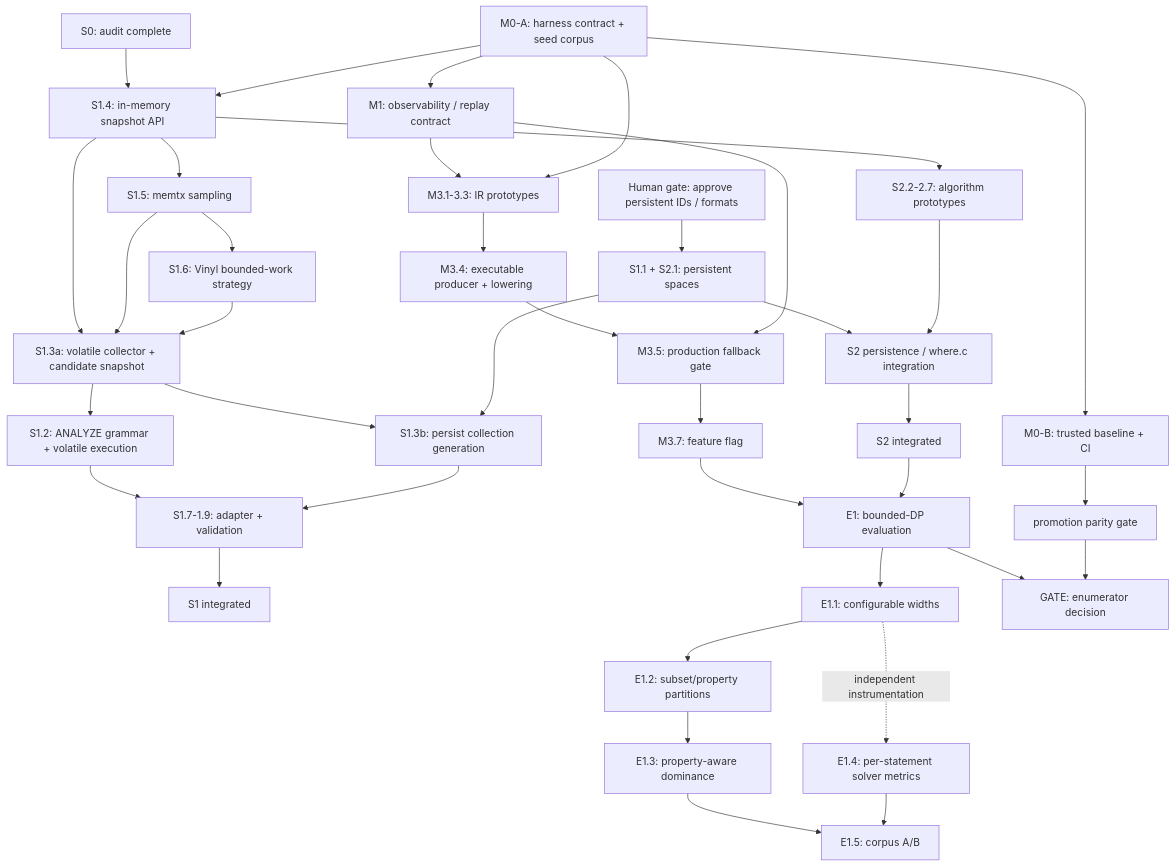
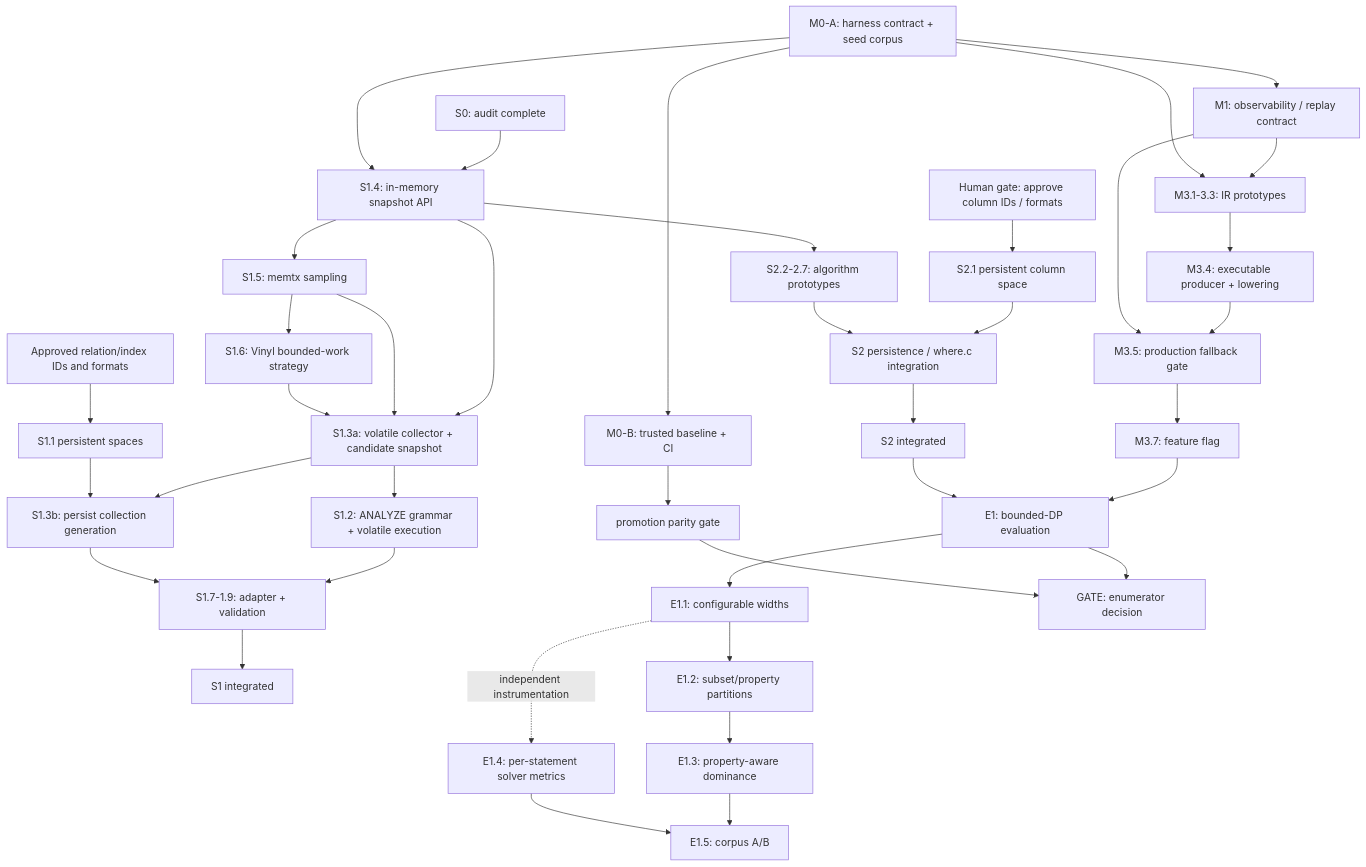
One commit to tsafin/tarantool-dsql changed the first of 5 diagrams in docs/vdbe/roadmap.md. Above: the diagram before and after it, drawn with Mermaid. The commit also changed other lines of this file and 2 other files, not shown here.

Commit message:
docs: reconcile planner and persistence status

````diff
--- a/docs/vdbe/roadmap.md
+++ b/docs/vdbe/roadmap.md
@@ -83,40 +83,41 @@
 ```mermaid
 flowchart TD
     A["M0-A: harness contract + seed corpus"] --> B["M0-B: trusted baseline + CI"]
     A --> C["M1: observability / replay contract"]
     D["S0: audit complete"] --> E["S1.4: in-memory snapshot API"]
     A --> E
     E --> F["S2.2-2.7: algorithm prototypes"]
     C --> G["M3.1-3.3: IR prototypes"]
     A --> G
     G --> G2["M3.4: executable producer + lowering"]
     G2 --> H["M3.5: production fallback gate"]
     C --> H
     H --> H2["M3.7: feature flag"]
-    P["Human gate: approve persistent IDs / formats"] --> Q["S1.1 + S2.1: persistent spaces"]
+    P["Approved relation/index IDs and formats"] --> Q["S1.1 persistent spaces"]
+    P2["Human gate: approve column IDs / formats"] --> Q2["S2.1 persistent column space"]
     E --> R["S1.5: memtx sampling"]
     R --> R2["S1.6: Vinyl bounded-work strategy"]
     E --> S0["S1.3a: volatile collector + candidate snapshot"]
     R --> S0
     R2 --> S0
     S0 --> S1["S1.2: ANALYZE grammar + volatile execution"]
     S0 --> S2["S1.3b: persist collection generation"]
     Q --> S2
     S1 --> T["S1.7-1.9: adapter + validation"]
     S2 --> T
-    Q --> U["S2 persistence / where.c integration"]
+    Q2 --> U["S2 persistence / where.c integration"]
     F --> U
     U --> V["S2 integrated"]
     T --> W["S1 integrated"]
     H2 --> X["E1: bounded-DP evaluation"]
     V --> X
     X --> X1["E1.1: configurable widths"]
     X1 --> X2["E1.2: subset/property partitions"]
     X2 --> X3["E1.3: property-aware dominance"]
     X1 -. "independent instrumentation" .-> X4["E1.4: per-statement solver metrics"]
     X3 --> X5["E1.5: corpus A/B"]
     X4 --> X5
     B --> Y["promotion parity gate"]
     X --> Z["GATE: enumerator decision"]
     Y --> Z
 ```
````
